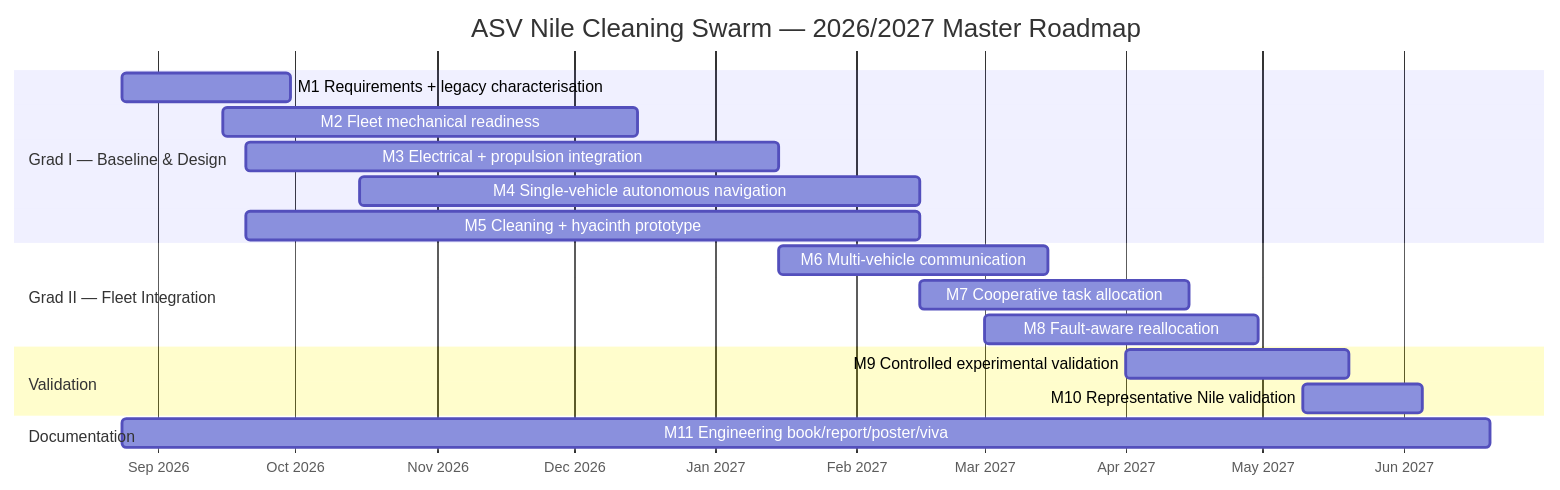
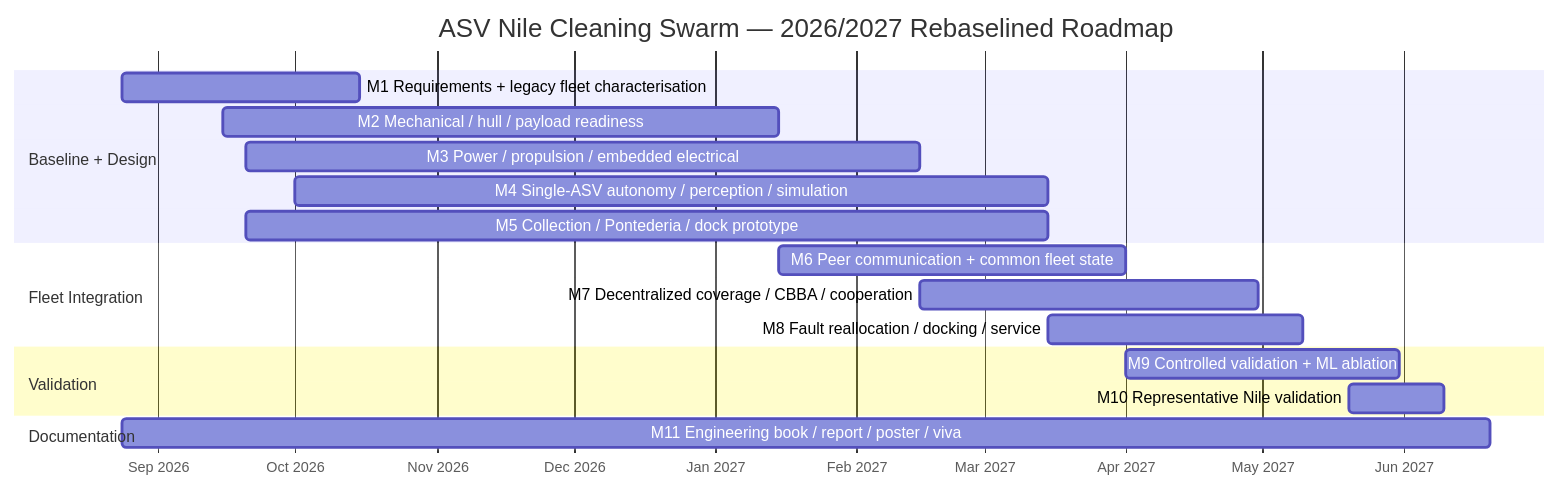
The first of 2 diagrams in docs/project-management/GANTT.md (aihamawd/asv-nile-cleaning-swarm), drawn with Mermaid before and after one commit. The commit also changed other lines of this file and 19 other files, not shown here.

Commit message:
Rebaseline architecture, schedule, procurement, and subsystem documentation

````diff
--- a/docs/project-management/GANTT.md
+++ b/docs/project-management/GANTT.md
@@ -7,25 +7,25 @@
 ```mermaid
 gantt
-    title ASV Nile Cleaning Swarm — 2026/2027 Master Roadmap
+    title ASV Nile Cleaning Swarm — 2026/2027 Rebaselined Roadmap
     dateFormat  YYYY-MM-DD
     axisFormat  %b %Y
 
-    section Grad I — Baseline & Design
-    M1 Requirements + legacy characterisation :m1, 2026-08-24, 2026-09-30
-    M2 Fleet mechanical readiness             :m2, 2026-09-15, 2026-12-15
-    M3 Electrical + propulsion integration    :m3, 2026-09-20, 2027-01-15
-    M4 Single-vehicle autonomous navigation    :m4, 2026-10-15, 2027-02-15
-    M5 Cleaning + hyacinth prototype          :m5, 2026-09-20, 2027-02-15
+    section Baseline + Design
+    M1 Requirements + legacy fleet characterisation  :m1, 2026-08-24, 2026-10-15
+    M2 Mechanical / hull / payload readiness          :m2, 2026-09-15, 2027-01-15
+    M3 Power / propulsion / embedded electrical       :m3, 2026-09-20, 2027-02-15
+    M4 Single-ASV autonomy / perception / simulation  :m4, 2026-10-01, 2027-03-15
+    M5 Collection / Pontederia / dock prototype       :m5, 2026-09-20, 2027-03-15
 
-    section Grad II — Fleet Integration
-    M6 Multi-vehicle communication             :m6, 2027-01-15, 2027-03-15
-    M7 Cooperative task allocation            :m7, 2027-02-15, 2027-04-15
-    M8 Fault-aware reallocation               :m8, 2027-03-01, 2027-04-30
+    section Fleet Integration
+    M6 Peer communication + common fleet state        :m6, 2027-01-15, 2027-04-01
+    M7 Decentralized coverage / CBBA / cooperation    :m7, 2027-02-15, 2027-04-30
+    M8 Fault reallocation / docking / service         :m8, 2027-03-15, 2027-05-10
 
     section Validation
-    M9 Controlled experimental validation     :m9, 2027-04-01, 2027-05-20
-    M10 Representative Nile validation        :m10, 2027-05-10, 2027-06-05
+    M9 Controlled validation + ML ablation            :m9, 2027-04-01, 2027-05-31
+    M10 Representative Nile validation                :m10, 2027-05-20, 2027-06-10
 
     section Documentation
-    M11 Engineering book/report/poster/viva   :m11, 2026-08-24, 2027-06-20
+    M11 Engineering book / report / poster / viva     :m11, 2026-08-24, 2027-06-20
 ```
````
